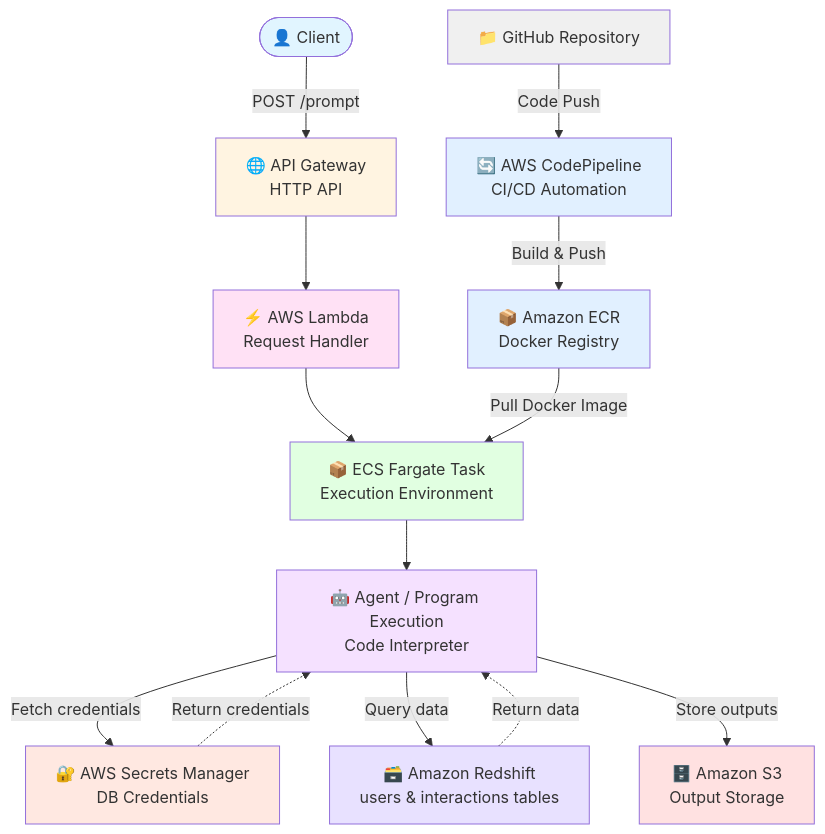
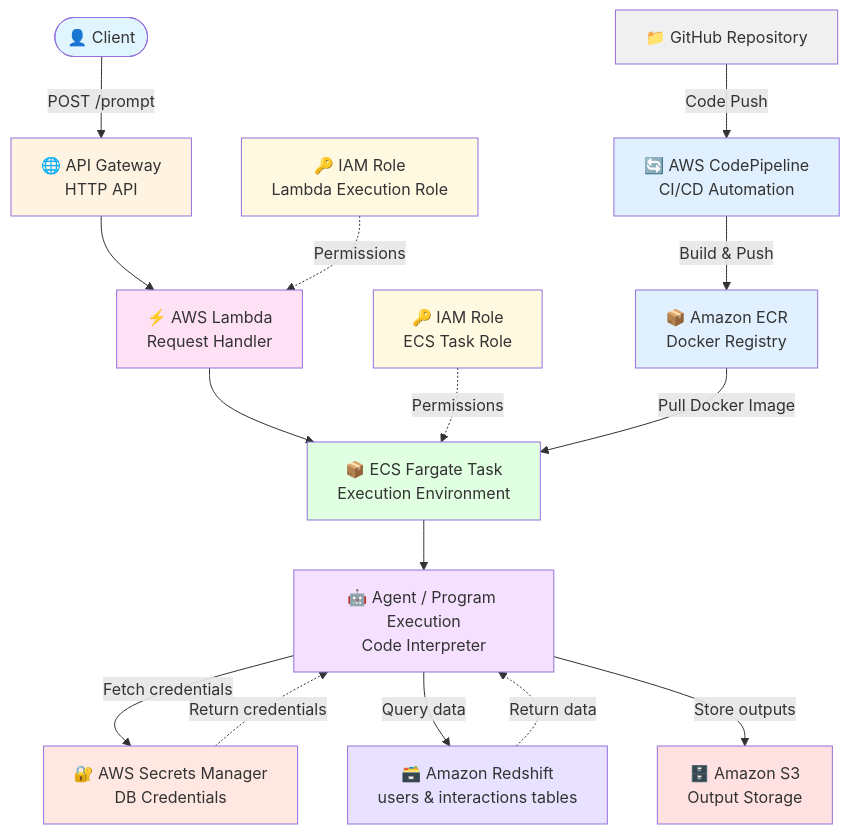
Before and after one commit to knkasa/LLM_python_executor: the diagram in README.md, drawn with Mermaid. The commit also changed other lines of this file, not shown here.

````diff
--- a/README.md
+++ b/README.md
@@ -39,30 +39,34 @@
 ```mermaid
 flowchart TD
     GitHub[📁 GitHub Repository] -->|Code Push| CodePipeline[🔄 AWS CodePipeline<br/>CI/CD Automation]
     CodePipeline -->|Build & Push| ECR[📦 Amazon ECR<br/>Docker Registry]
     
     Client([👤 Client]) -->|POST /prompt| APIGW[🌐 API Gateway<br/>HTTP API]
     APIGW --> Lambda[⚡ AWS Lambda<br/>Request Handler]
+    LambdaRole[🔑 IAM Role<br/>Lambda Execution Role] -.->|Permissions| Lambda
     Lambda --> ECS[📦 ECS Fargate Task<br/>Execution Environment]
+    ECSRole[🔑 IAM Role<br/>ECS Task Role] -.->|Permissions| ECS
     ECR -->|Pull Docker Image| ECS
     ECS --> LLM[🤖 Agent / Program Execution<br/>Code Interpreter]
     
     LLM -->|Fetch credentials| SM[🔐 AWS Secrets Manager<br/>DB Credentials]
     SM -.->|Return credentials| LLM
     LLM -->|Query data| Redshift[🗃️ Amazon Redshift<br/>users & interactions tables]
     Redshift -.->|Return data| LLM
     
     LLM -->|Store outputs| S3[🗄️ Amazon S3<br/>Output Storage]
     
     style GitHub fill:#f0f0f0
     style CodePipeline fill:#e1f0ff
     style ECR fill:#e1f0ff
     style Client fill:#e1f5ff
     style APIGW fill:#fff4e1
     style Lambda fill:#ffe1f5
+    style LambdaRole fill:#fff9e1
     style ECS fill:#e1ffe1
+    style ECSRole fill:#fff9e1
     style LLM fill:#f5e1ff
     style SM fill:#ffe8e1
     style Redshift fill:#e8e1ff
     style S3 fill:#ffe1e1
 ```
````
